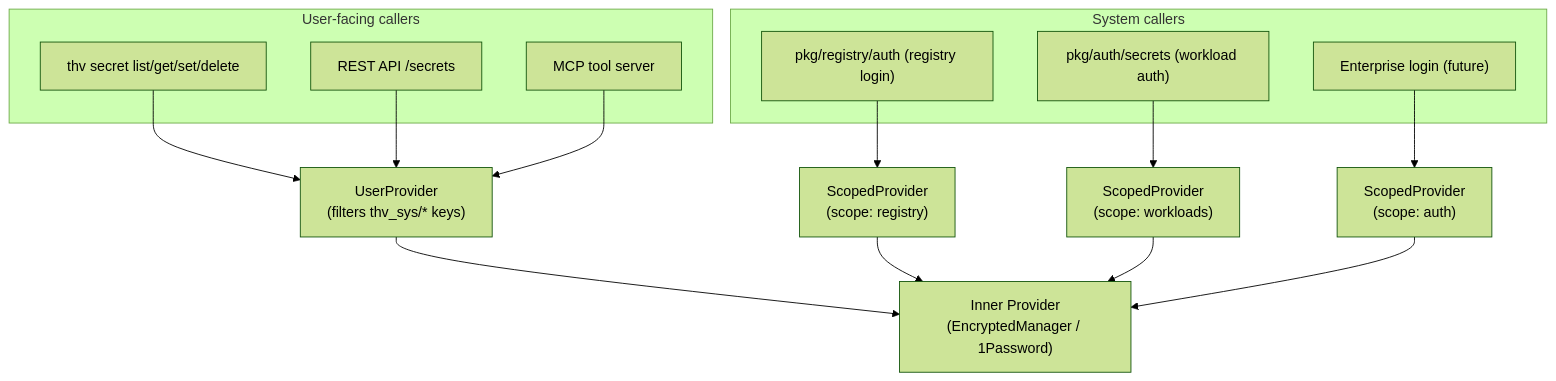
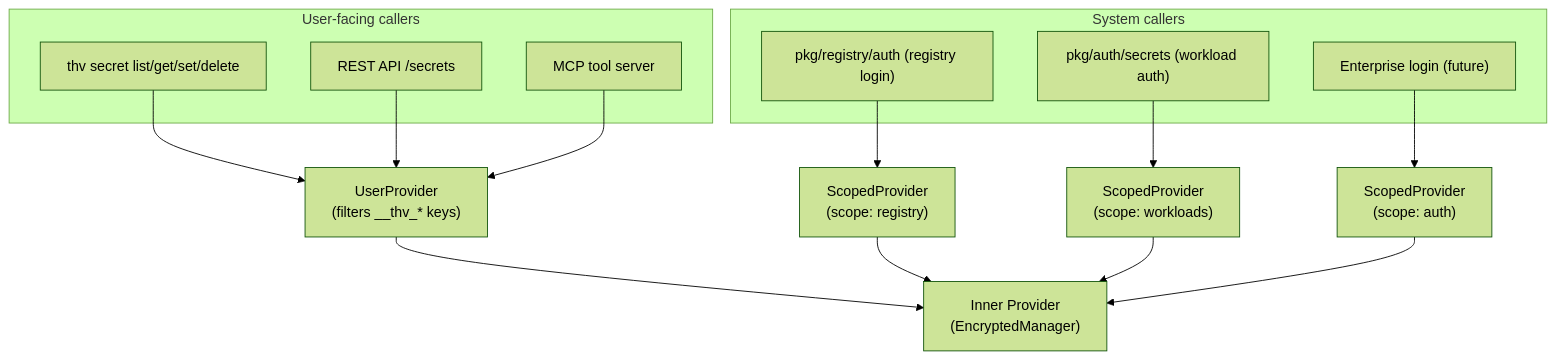
Before and after one commit to stacklok/toolhive-rfcs: the diagram in rfcs/THV-0056-scoped-secret-store.md, drawn with Mermaid (forest theme). The commit also changed other lines of this file, not shown here.

````diff
--- a/rfcs/THV-0056-scoped-secret-store.md
+++ b/rfcs/THV-0056-scoped-secret-store.md
@@ -77,27 +78,27 @@
 ```mermaid
 flowchart TD
     subgraph User-facing callers
         CLI["thv secret list/get/set/delete"]
         API["REST API /secrets"]
         MCP["MCP tool server"]
     end
 
     subgraph System callers
         REG["pkg/registry/auth (registry login)"]
         WKL["pkg/auth/secrets (workload auth)"]
         ENT["Enterprise login (future)"]
     end
 
-    CLI --> UP["UserProvider\n(filters thv_sys/* keys)"]
+    CLI --> UP["UserProvider\n(filters __thv_* keys)"]
     API --> UP
     MCP --> UP
 
     REG --> SP_REG["ScopedProvider\n(scope: registry)"]
     WKL --> SP_WKL["ScopedProvider\n(scope: workloads)"]
     ENT --> SP_AUTH["ScopedProvider\n(scope: auth)"]
 
-    UP --> INNER["Inner Provider\n(EncryptedManager / 1Password)"]
+    UP --> INNER["Inner Provider\n(EncryptedManager)"]
     SP_REG --> INNER
     SP_WKL --> INNER
     SP_AUTH --> INNER
 ```
````
